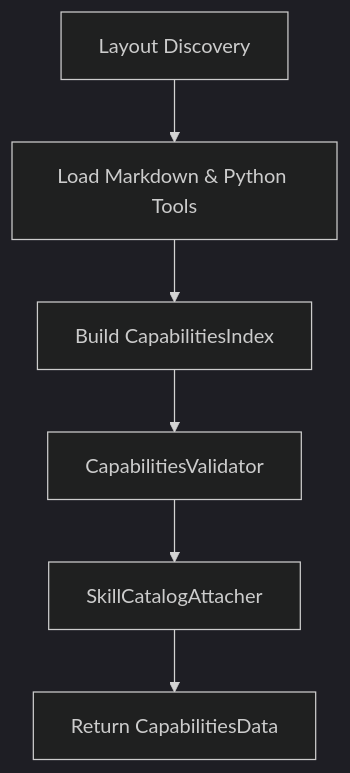
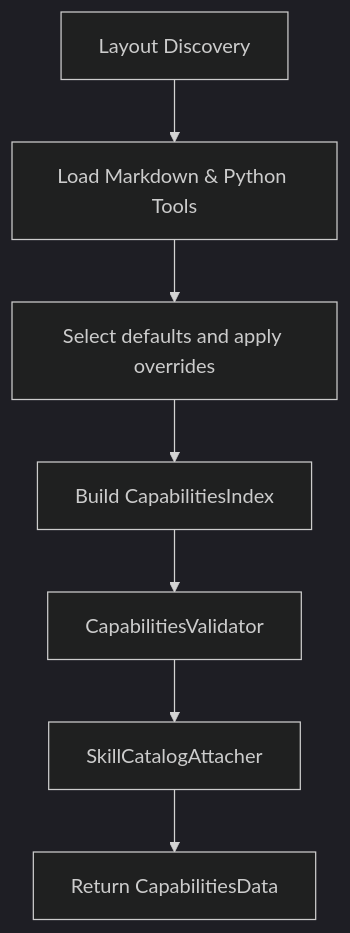
One commit to DanieleFlo/ExMekh changed the diagram in docs/04-capabilities-and-catalog.md. Above: the diagram before and after it, drawn with Mermaid (dark theme). The commit also changed other lines of this file and 10 other files, not shown here.

````diff
--- a/docs/04-capabilities-and-catalog.md
+++ b/docs/04-capabilities-and-catalog.md
@@ -114,8 +168,9 @@
 ```mermaid
 flowchart TD
     A[Layout Discovery] --> B[Load Markdown & Python Tools]
-    B --> C[Build CapabilitiesIndex]
-    C --> D[CapabilitiesValidator]
-    D --> E[SkillCatalogAttacher]
-    E --> G[Return CapabilitiesData]
+    B --> C[Select defaults and apply overrides]
+    C --> D[Build CapabilitiesIndex]
+    D --> E[CapabilitiesValidator]
+    E --> F[SkillCatalogAttacher]
+    F --> G[Return CapabilitiesData]
 ```
````
